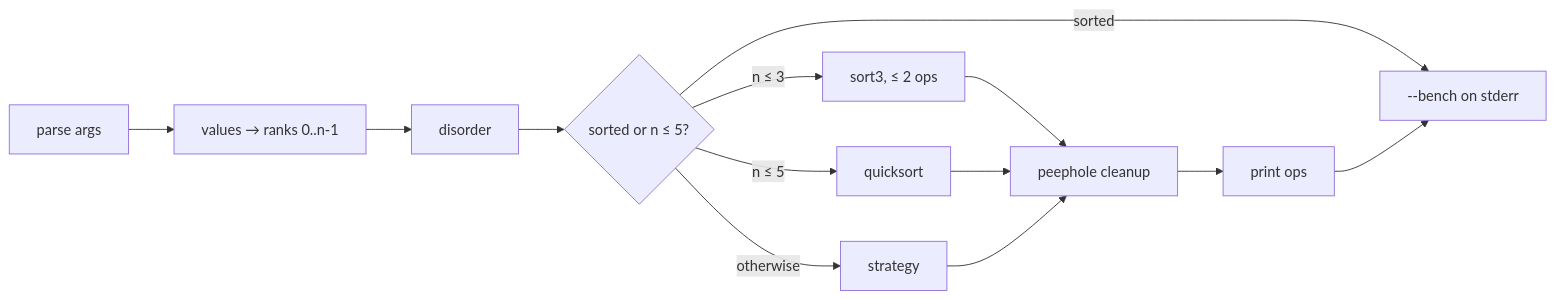
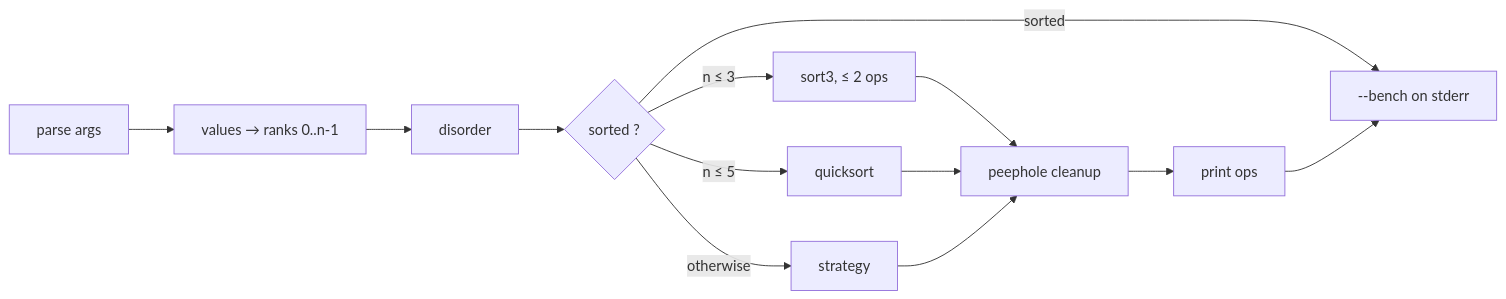
One commit to NoamFav/Push_Swap changed the first of 5 diagrams in README.md. Above: the diagram before and after it, drawn with Mermaid. The commit also changed other lines of this file and 1 other file, not shown here.

````diff
--- a/README.md
+++ b/README.md
@@ -46,15 +46,15 @@
 ```mermaid
 flowchart LR
     A[parse args] --> B["values → ranks 0..n-1"]
     B --> C[disorder]
-    C --> D{"sorted or n ≤ 5?"}
+    C --> D{"sorted ?"}
     D -- sorted --> H
     D -- n ≤ 3 --> S3["sort3, ≤ 2 ops"]
     D -- n ≤ 5 --> Q[quicksort]
     D -- otherwise --> E[strategy]
     S3 --> F
     Q --> F
     E --> F[peephole cleanup]
     F --> G[print ops]
     G --> H["--bench on stderr"]
 ```
````
